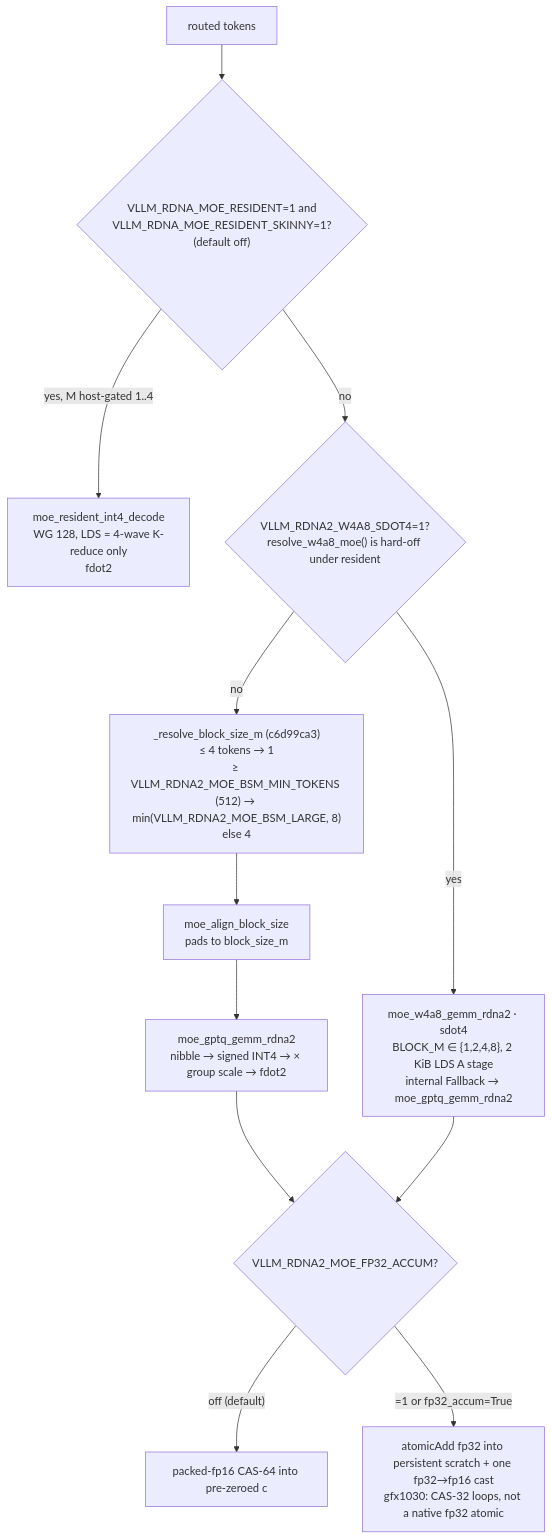
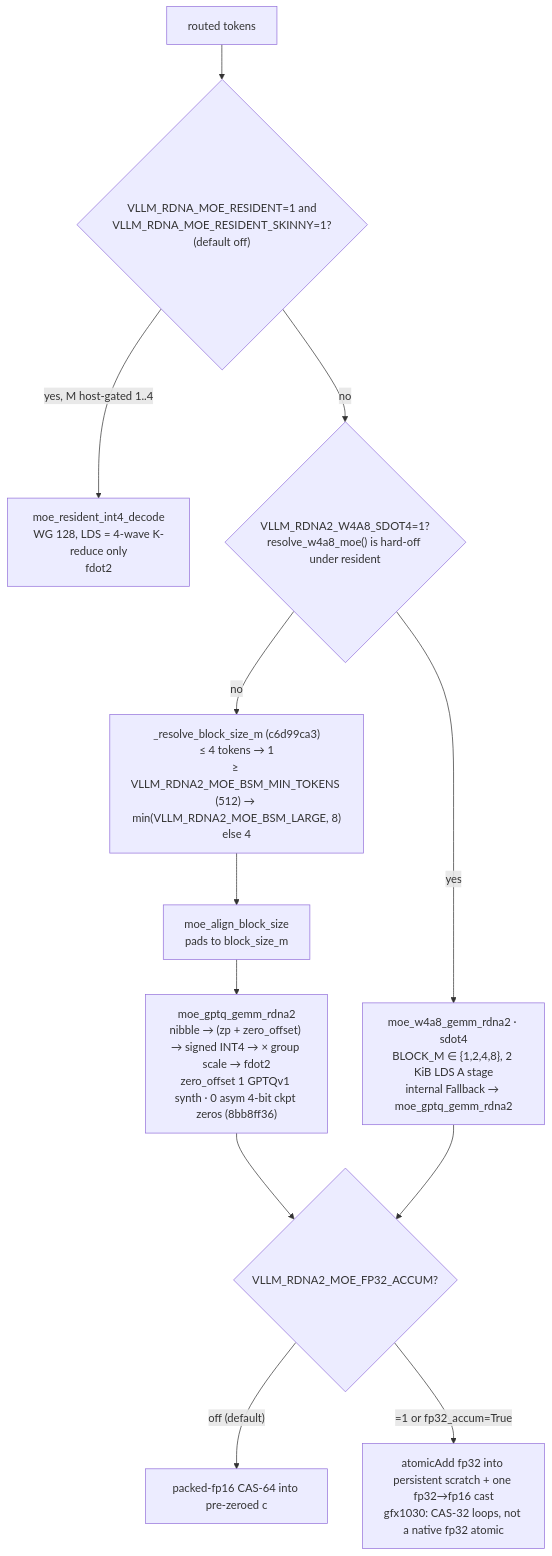
One commit to BlivionIaG/rdna-hip-wiki changed the diagram in kernels/gemm-moe/README.md. Above: the diagram before and after it, drawn with Mermaid. The commit also changed other lines of this file and 3 other files, not shown here.

First line of the commit message:
kernels: lock dest 8bb8ff36 MoE W4A16 runtime zero_offset (PR #98)

````diff
--- a/kernels/gemm-moe/README.md
+++ b/kernels/gemm-moe/README.md
@@ -25,14 +26,14 @@
 ```mermaid
 flowchart TD
   R["routed tokens"] --> RES{"VLLM_RDNA_MOE_RESIDENT=1 and<br/>VLLM_RDNA_MOE_RESIDENT_SKINNY=1?<br/>(default off)"}
   RES -- "yes, M host-gated 1..4" --> SK["moe_resident_int4_decode<br/>WG 128, LDS = 4-wave K-reduce only<br/>fdot2"]
   RES -- "no" --> W8{"VLLM_RDNA2_W4A8_SDOT4=1?<br/>resolve_w4a8_moe() is hard-off under resident"}
   W8 -- yes --> MW8["moe_w4a8_gemm_rdna2 · sdot4<br/>BLOCK_M ∈ {1,2,4,8}, 2 KiB LDS A stage<br/>internal Fallback → moe_gptq_gemm_rdna2"]
   W8 -- no --> BSM["_resolve_block_size_m (c6d99ca3)<br/>≤ 4 tokens → 1<br/>≥ VLLM_RDNA2_MOE_BSM_MIN_TOKENS (512) → min(VLLM_RDNA2_MOE_BSM_LARGE, 8)<br/>else 4"]
   BSM --> AL["moe_align_block_size<br/>pads to block_size_m"]
-  AL --> MQ["moe_gptq_gemm_rdna2<br/>nibble → signed INT4 → × group scale → fdot2"]
+  AL --> MQ["moe_gptq_gemm_rdna2<br/>nibble → (zp + zero_offset) → signed INT4 → × group scale → fdot2<br/>zero_offset 1 GPTQv1 synth · 0 asym 4-bit ckpt zeros (8bb8ff36)"]
   MQ --> ACC{"VLLM_RDNA2_MOE_FP32_ACCUM?"}
   MW8 --> ACC
   ACC -- "off (default)" --> CAS["packed-fp16 CAS-64 into pre-zeroed c"]
   ACC -- "=1 or fp32_accum=True" --> F32["atomicAdd fp32 into persistent scratch + one fp32→fp16 cast<br/>gfx1030: CAS-32 loops, not a native fp32 atomic"]
 ```
````
